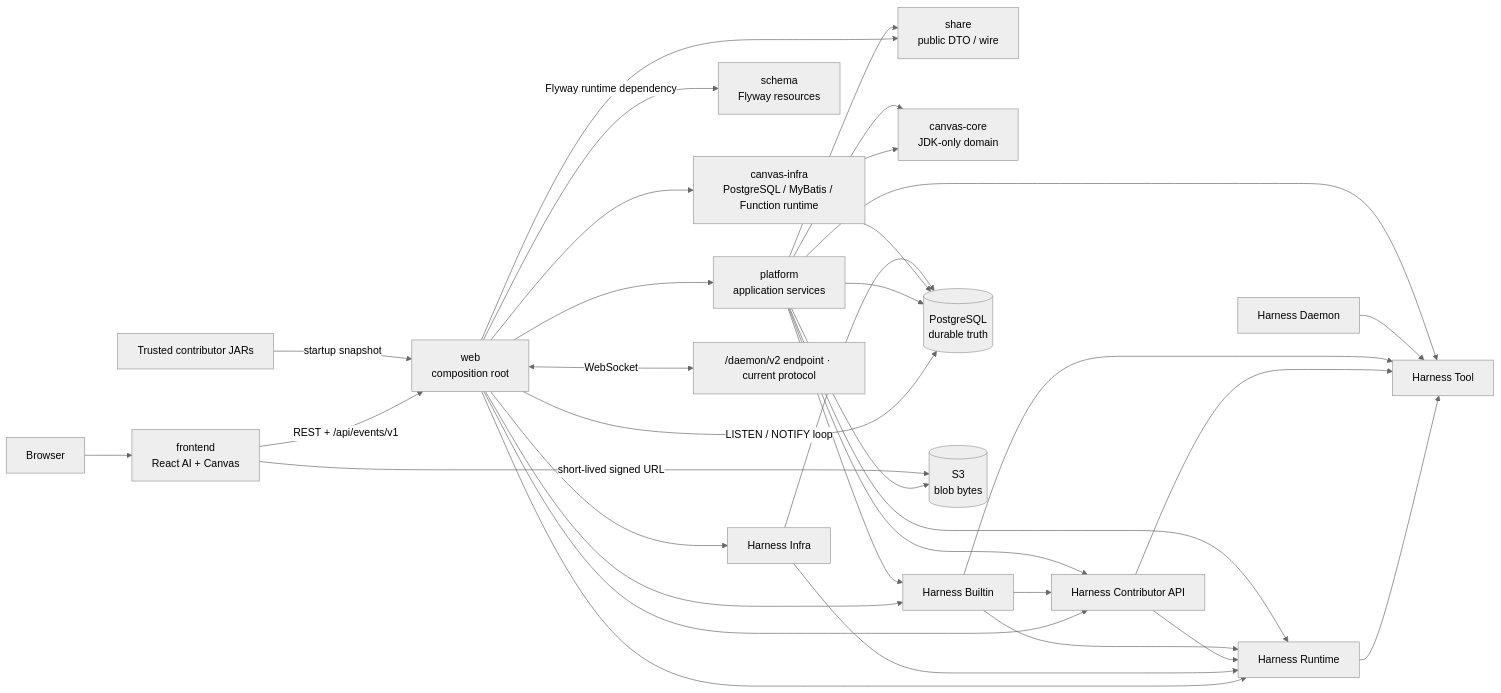
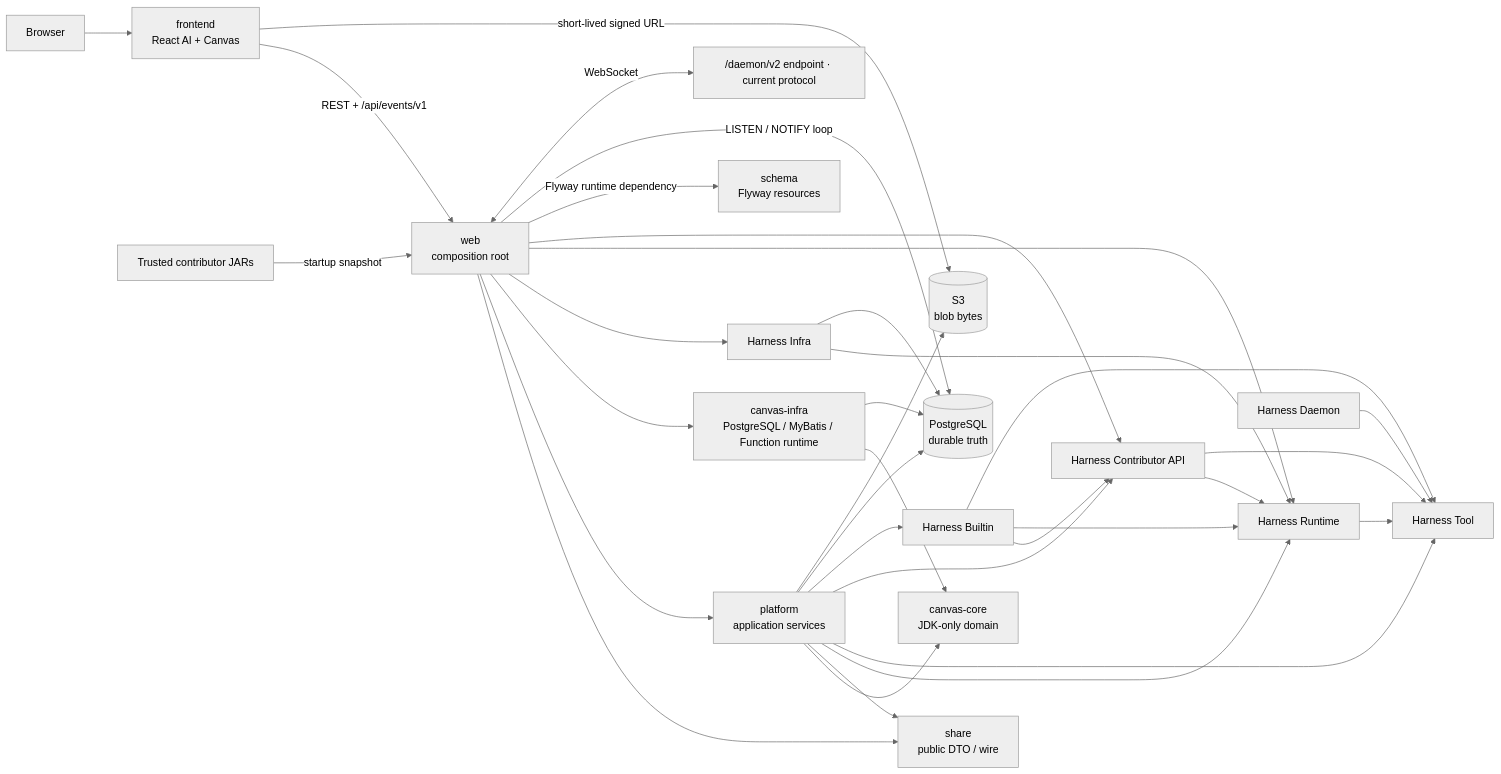
The diagram in docs/system-design.md (fengwk/kk-studio), drawn with Mermaid (neutral theme) before and after one commit. The commit also changed other lines of this file and 4 other files, not shown here.

````diff
--- a/docs/system-design.md
+++ b/docs/system-design.md
@@ -23,55 +23,54 @@
 ```mermaid
 flowchart LR
     Browser[Browser]
     Frontend[frontend<br/>React AI + Canvas]
     Web[web<br/>composition root]
     Share[share<br/>public DTO / wire]
     Platform[platform<br/>application services]
     Schema[schema<br/>Flyway resources]
     CanvasCore[canvas-core<br/>JDK-only domain]
     CanvasInfra[canvas-infra<br/>PostgreSQL / MyBatis / Function runtime]
     HarnessTool[Harness Tool]
     HarnessRuntime[Harness Runtime]
     HarnessContributorApi[Harness Contributor API]
     HarnessInfra[Harness Infra]
     HarnessDaemon[Harness Daemon]
     HarnessBuiltin[Harness Builtin]
     PG[(PostgreSQL<br/>durable truth)]
     S3[(S3<br/>blob bytes)]
     Env["/daemon/v2 endpoint · current protocol"]
     Trusted[Trusted contributor JARs]
 
     Browser --> Frontend
     Frontend -->|REST + /api/events/v1| Web
     Web --> Share
     Web --> Platform
     Web --> CanvasInfra
     Web --> HarnessInfra
     Web --> HarnessRuntime
     Web --> HarnessContributorApi
-    Web --> HarnessBuiltin
     CanvasInfra --> CanvasCore
     HarnessInfra --> HarnessRuntime
     HarnessRuntime --> HarnessTool
     HarnessContributorApi --> HarnessRuntime
     HarnessContributorApi --> HarnessTool
     HarnessBuiltin --> HarnessContributorApi
     HarnessBuiltin --> HarnessRuntime
     HarnessBuiltin --> HarnessTool
     HarnessDaemon --> HarnessTool
     Platform --> CanvasCore
     Platform --> Share
     Platform --> HarnessRuntime
     Platform --> HarnessTool
     Platform --> HarnessContributorApi
     Platform --> HarnessBuiltin
     Web -->|Flyway runtime dependency| Schema
     Web -->|LISTEN / NOTIFY loop| PG
     Platform --> PG
     Platform --> S3
     CanvasInfra --> PG
     HarnessInfra --> PG
     Frontend -->|short-lived signed URL| S3
     Web <-->|WebSocket| Env
     Trusted -->|startup snapshot| Web
 ```
````
